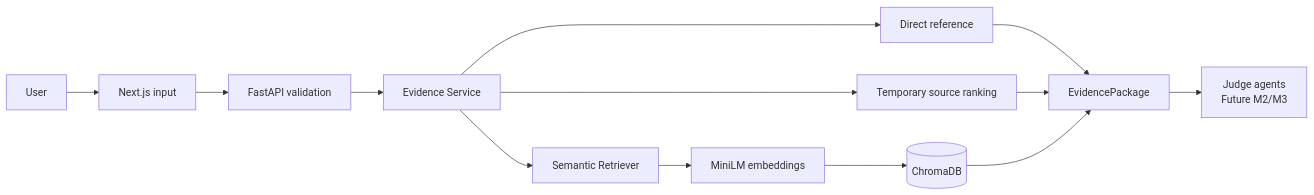
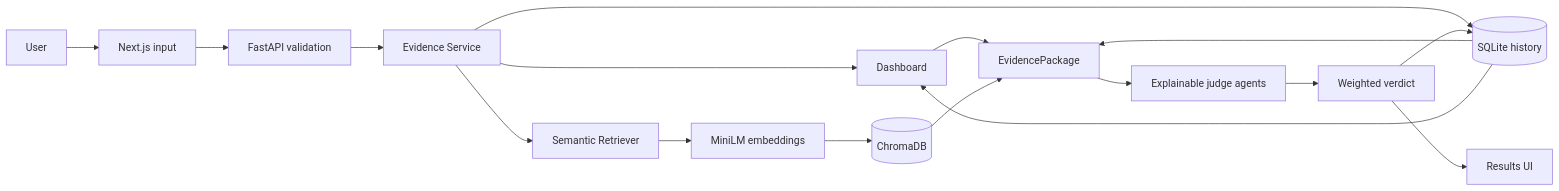
The diagram in README.md (Arthisri2006/infosysSpringboard), drawn with Mermaid before and after one commit. The commit also changed other lines of this file and 33 other files, not shown here.

````diff
--- a/README.md
+++ b/README.md
@@ -48,15 +50,19 @@
 ```mermaid
 flowchart LR
   U[User] --> F[Next.js input]
   F --> A[FastAPI validation]
   A --> E[Evidence Service]
   E --> D[Direct reference]
   E --> S[Temporary source ranking]
   E --> R[Semantic Retriever]
   R --> M[MiniLM embeddings]
   M --> C[(ChromaDB)]
   D --> P[EvidencePackage]
   S --> P
   C --> P
-  P --> J[Judge agents<br/>Future M2/M3]
+  P --> J[Explainable judge agents]
+  J --> V[Weighted verdict]
+  V --> S[(SQLite history)]
+  V --> O[Results UI]
+  S --> D[Dashboard]
 ```
````
